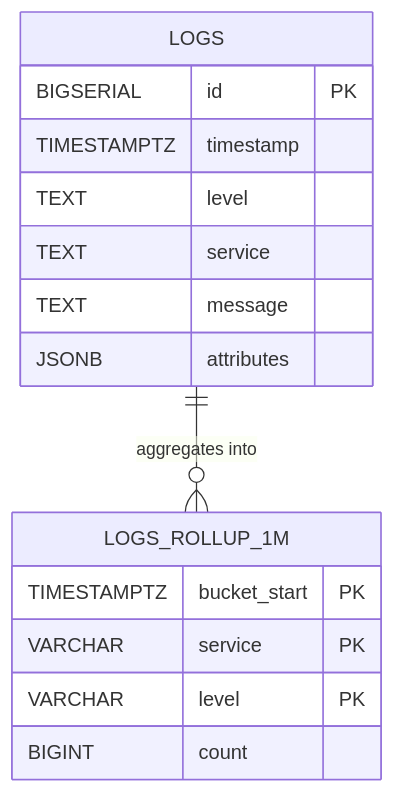
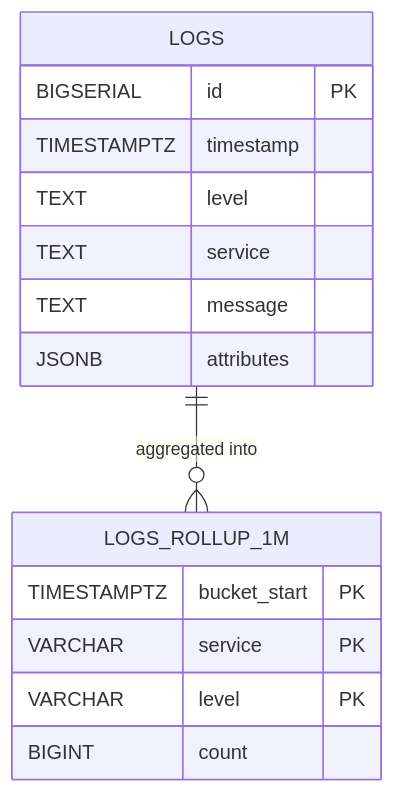
The fifth of 10 diagrams in README.md (JanaThuluth/log-ingestion-service-final), drawn with Mermaid before and after one commit. The commit also changed other lines of this file, not shown here.

````diff
--- a/README.md
+++ b/README.md
@@ -199,21 +252,21 @@
 ```mermaid
 erDiagram
 
     LOGS {
         BIGSERIAL id PK
         TIMESTAMPTZ timestamp
         TEXT level
         TEXT service
         TEXT message
         JSONB attributes
     }
 
     LOGS_ROLLUP_1M {
         TIMESTAMPTZ bucket_start PK
         VARCHAR service PK
         VARCHAR level PK
         BIGINT count
     }
 
-    LOGS ||--o{ LOGS_ROLLUP_1M : "aggregates into"
+    LOGS ||--o{ LOGS_ROLLUP_1M : "aggregated into"
 ```
````
